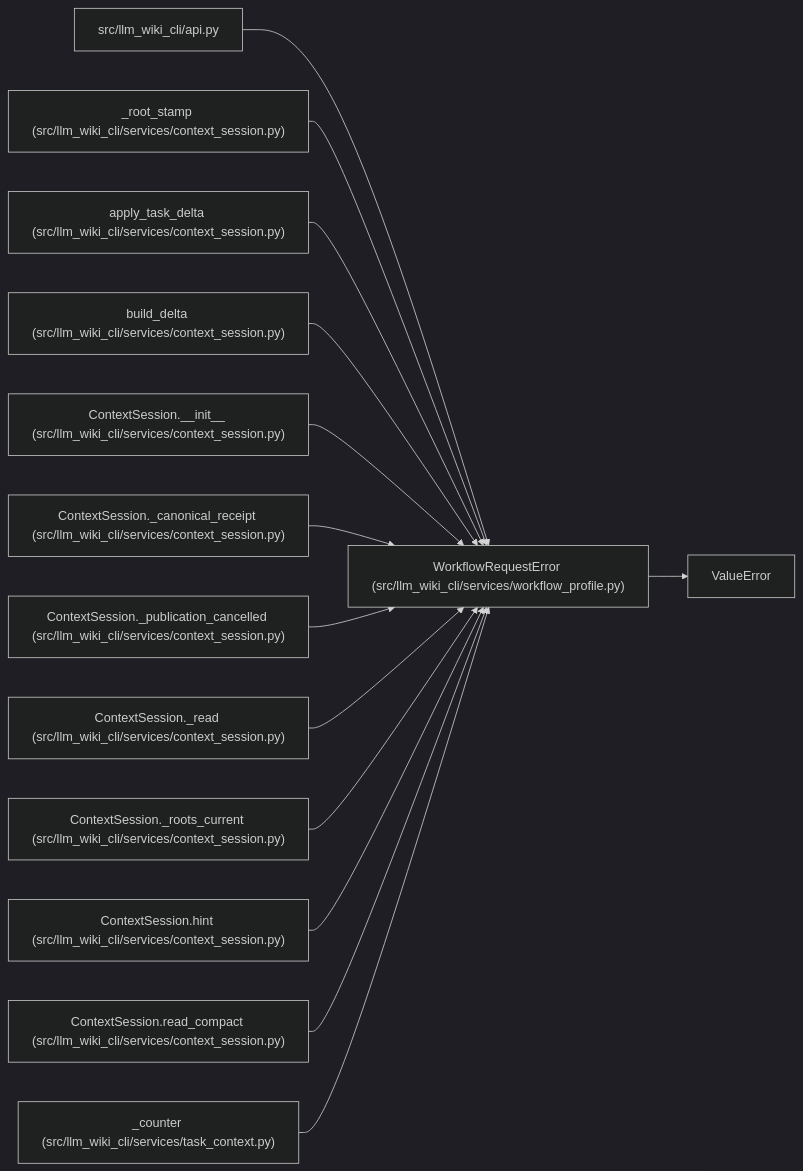
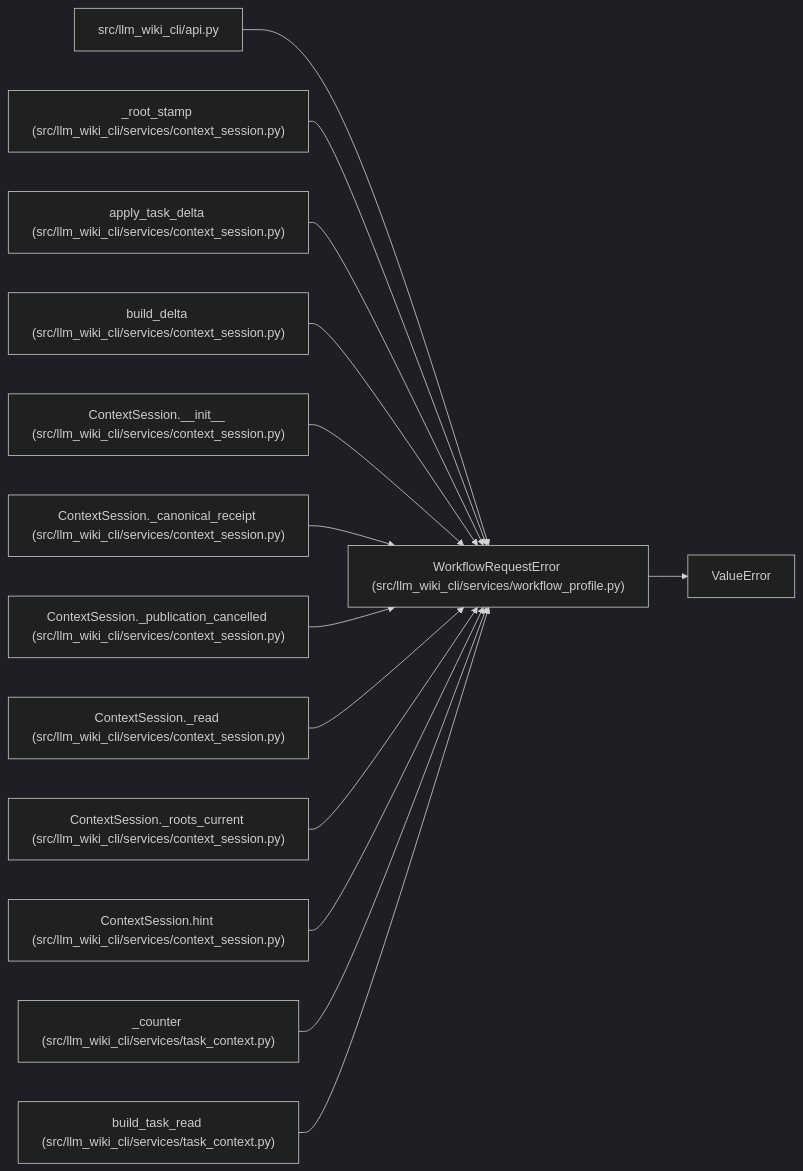
The diagram in docs/llm_wiki/entities/WorkflowRequestError.md (Denissvgn/python-wiki-llm), drawn with Mermaid (dark theme) before and after one commit. The commit also changed other lines of this file and 416 other files, not shown here.

````diff
--- a/docs/llm_wiki/entities/WorkflowRequestError.md
+++ b/docs/llm_wiki/entities/WorkflowRequestError.md
@@ -25,43 +25,43 @@
 ```mermaid
 flowchart LR
     n0["WorkflowRequestError (src/llm_wiki_cli/services/workflow_profile.py)"]
     n1["ValueError"]
     n2["src/llm_wiki_cli/api.py"]
     n3["_root_stamp (src/llm_wiki_cli/services/context_session.py)"]
     n4["apply_task_delta (src/llm_wiki_cli/services/context_session.py)"]
     n5["build_delta (src/llm_wiki_cli/services/context_session.py)"]
     n6["ContextSession.__init__ (src/llm_wiki_cli/services/context_session.py)"]
     n7["ContextSession._canonical_receipt (src/llm_wiki_cli/services/context_session.py)"]
     n8["ContextSession._publication_cancelled (src/llm_wiki_cli/services/context_session.py)"]
     n9["ContextSession._read (src/llm_wiki_cli/services/context_session.py)"]
     n10["ContextSession._roots_current (src/llm_wiki_cli/services/context_session.py)"]
     n11["ContextSession.hint (src/llm_wiki_cli/services/context_session.py)"]
-    n12["ContextSession.read_compact (src/llm_wiki_cli/services/context_session.py)"]
-    n13["_counter (src/llm_wiki_cli/services/task_context.py)"]
+    n12["_counter (src/llm_wiki_cli/services/task_context.py)"]
+    n13["build_task_read (src/llm_wiki_cli/services/task_context.py)"]
     n0 --> n1
     n2 --> n0
     n3 --> n0
     n4 --> n0
     n5 --> n0
     n6 --> n0
     n7 --> n0
     n8 --> n0
     n9 --> n0
     n10 --> n0
     n11 --> n0
     n12 --> n0
     n13 --> n0
     click n0 "../modules/workflow_profile.md"
     click n2 "../modules/api.md"
     click n3 "../modules/context_session.md"
     click n4 "../modules/context_session.md"
     click n5 "../modules/context_session.md"
     click n6 "../modules/context_session.md"
     click n7 "../modules/context_session.md"
     click n8 "../modules/context_session.md"
     click n9 "../modules/context_session.md"
     click n10 "../modules/context_session.md"
     click n11 "../modules/context_session.md"
-    click n12 "../modules/context_session.md"
+    click n12 "../modules/task_context.md"
     click n13 "../modules/task_context.md"
 ```
````
